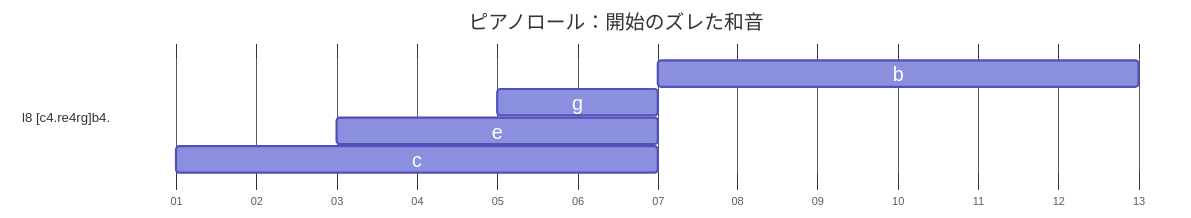
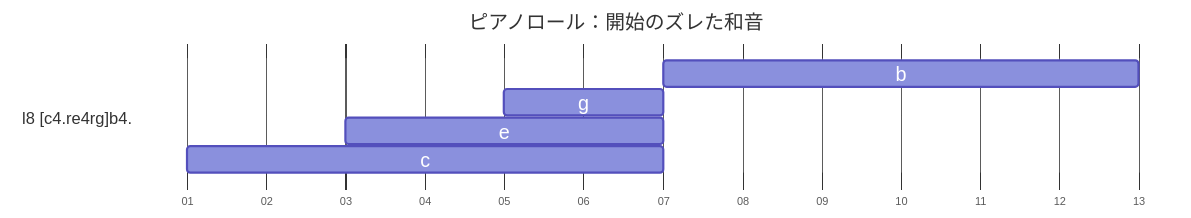
One commit to lineardrive/V3MMLmanual changed the fourth of 4 diagrams in docs/ch09/9_2.md. Above: the diagram before and after it, drawn with Mermaid. The commit also changed other lines of this file, not shown here.

````diff
--- a/docs/ch09/9_2.md
+++ b/docs/ch09/9_2.md
@@ -117,29 +117,29 @@
 ```mermaid
 ---
 config:
   themeCSS: >-
     .tick text { display: none; }
   themeVariables:
     excludeBkgColor: "transparent"
     sectionBkgColor: "#fff"
   gantt:
     topPadding: 64
     titleTopMargin: 35
     barHeight: 24
     barGap: 2
     fontSize: 18
-    sectionFontSize: 12
-    leftPadding: 150
+    sectionFontSize: 15
+    leftPadding: 160
 ---
 gantt
     title ピアノロール：開始のズレた和音
     dateFormat YYYY-MM-DD
     tickInterval 1day
     axisFormat %d
 
     section l8 [c4.re4rg]b4.
         b :  t4,   after t1, 6d
         g :  t3, 2025-01-05, 2d
         e :  t2, 2025-01-03, 4d
         c :  t1, 2025-01-01, 6d
 ```
````
